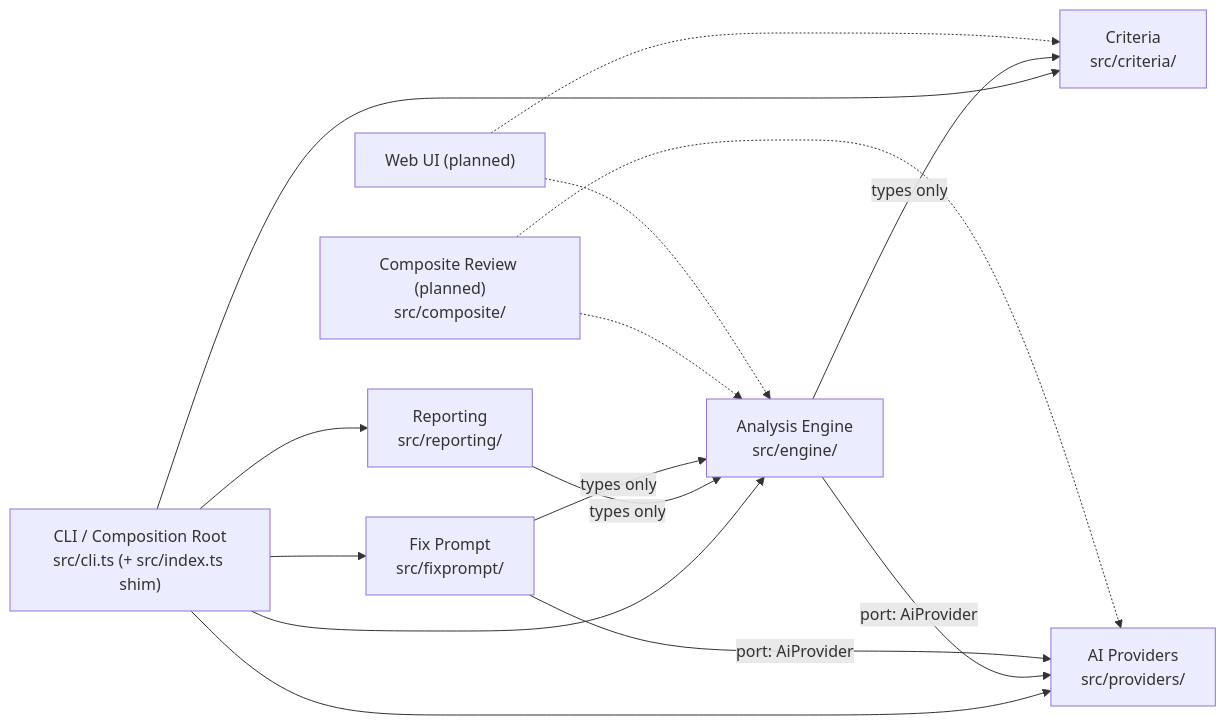
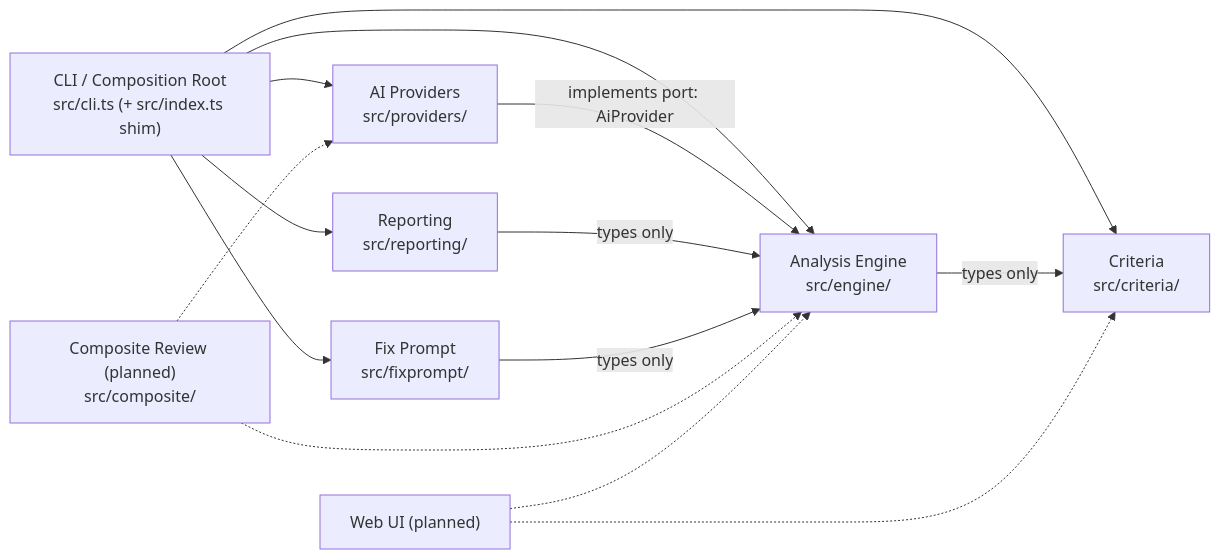
Before and after one commit to RobinSchue/sifty: the diagram in docs/architecture/context-map.md, drawn with Mermaid.

Commit message:
docs(architecture): fix reversed AiProvider arrows in context map
providers/anthropic.ts and fixprompt/generate.ts import the AiProvider
port type from engine/, not the other way around — neither engine nor
fixprompt imports anything from providers/. Replace the two
engine/fixprompt-to-provider arrows with the single actual
provider-to-engine (port implementation) edge, matching the table and
ADR-0003.

````diff
--- a/docs/architecture/context-map.md
+++ b/docs/architecture/context-map.md
@@ -3,17 +3,16 @@
 ```mermaid
 graph LR
   CLI["CLI / Composition Root<br/>src/cli.ts (+ src/index.ts shim)"] --> CRIT["Criteria<br/>src/criteria/"]
   CLI --> ENG["Analysis Engine<br/>src/engine/"]
   CLI --> PROV["AI Providers<br/>src/providers/"]
   CLI --> REP["Reporting<br/>src/reporting/"]
   CLI --> FIX["Fix Prompt<br/>src/fixprompt/"]
   ENG -->|"types only"| CRIT
-  ENG -->|"port: AiProvider"| PROV
-  FIX -->|"port: AiProvider"| PROV
+  PROV -->|"implements port: AiProvider"| ENG
   REP -->|"types only"| ENG
   FIX -->|"types only"| ENG
   COMP["Composite Review (planned)<br/>src/composite/"] -.-> ENG
   COMP -.-> PROV
   WEB["Web UI (planned)"] -.-> ENG
   WEB -.-> CRIT
 ```
````
